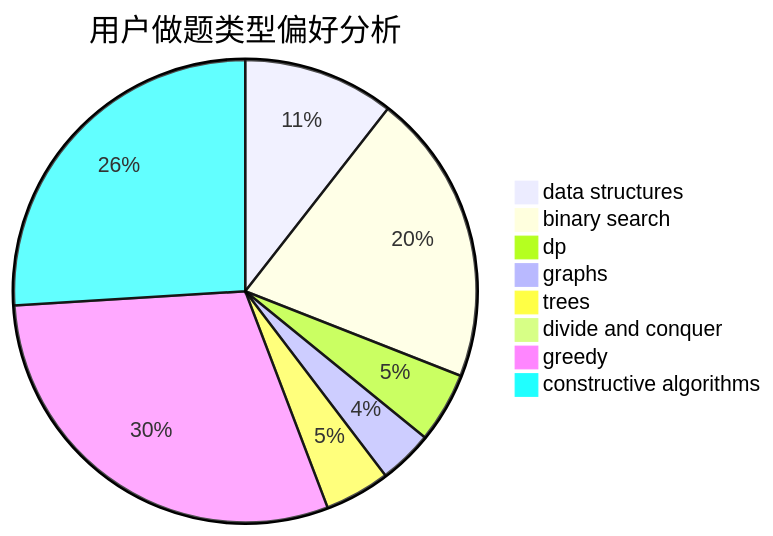
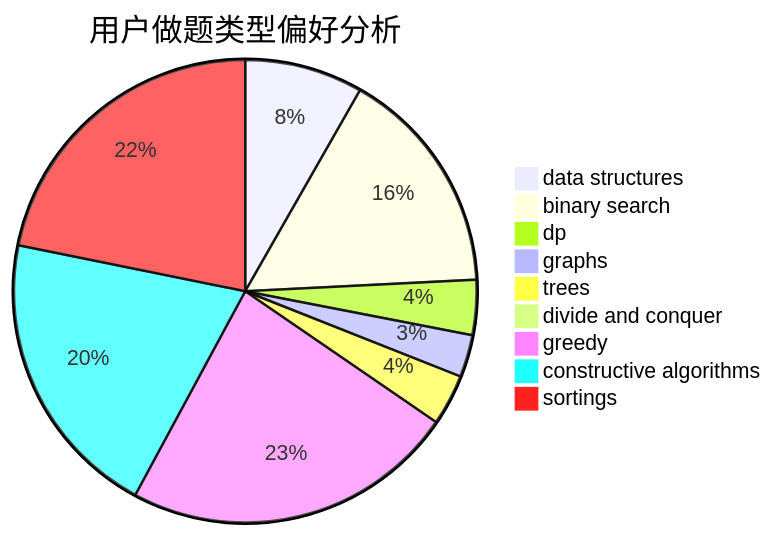
Before and after one commit to sherpahu/cfrs.github.io: the second of 3 diagrams in docs/user/u974.md, drawn with Mermaid. The commit also changed other lines of this file and 2769 other files, not shown here.

````diff
--- a/docs/user/u974.md
+++ b/docs/user/u974.md
@@ -23,11 +18,12 @@
 ```mermaid
 pie title 用户做题类型偏好分析
     "data structures" :  176
     "binary search" :  340
     "dp" :  82
     "graphs" :  63
     "trees" :  76
     "divide and conquer" :  0
     "greedy" :  497
     "constructive algorithms" :  433
+    "sortings" :  465
 ```
````
